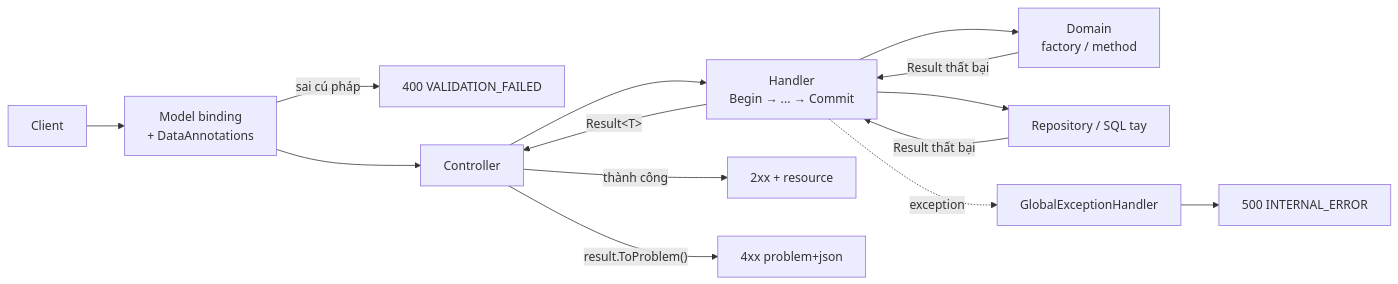
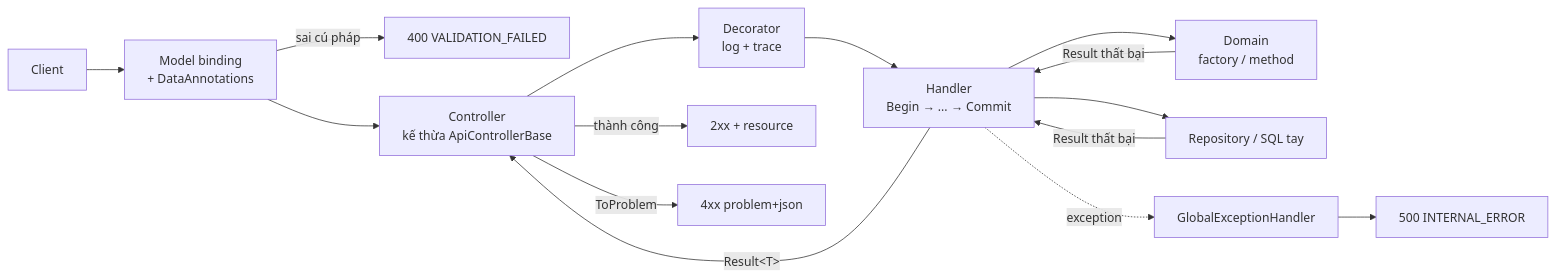
Before and after one commit to HoangDucHiep/advanced-ticket-system: the diagram in docs/design/building-blocks.md, drawn with Mermaid. The commit also changed other lines of this file and 46 other files, not shown here.

````diff
--- a/docs/design/building-blocks.md
+++ b/docs/design/building-blocks.md
@@ -34,16 +46,17 @@
 ```mermaid
 flowchart LR
     C[Client] --> MB[Model binding<br/>+ DataAnnotations]
     MB -- sai cú pháp --> P400[400 VALIDATION_FAILED]
-    MB --> CT[Controller]
-    CT --> H[Handler<br/>Begin → ... → Commit]
+    MB --> CT[Controller<br/>kế thừa ApiControllerBase]
+    CT --> DEC[Decorator<br/>log + trace]
+    DEC --> H[Handler<br/>Begin → ... → Commit]
     H --> D[Domain<br/>factory / method]
     H --> R[Repository / SQL tay]
     D -- Result thất bại --> H
     R -- Result thất bại --> H
     H -- "Result&lt;T&gt;" --> CT
     CT -- thành công --> OK[2xx + resource]
-    CT -- "result.ToProblem()" --> P4xx[4xx problem+json]
+    CT -- "ToProblem" --> P4xx[4xx problem+json]
     H -. exception .-> EH[GlobalExceptionHandler]
     EH --> P500[500 INTERNAL_ERROR]
 ```
````
